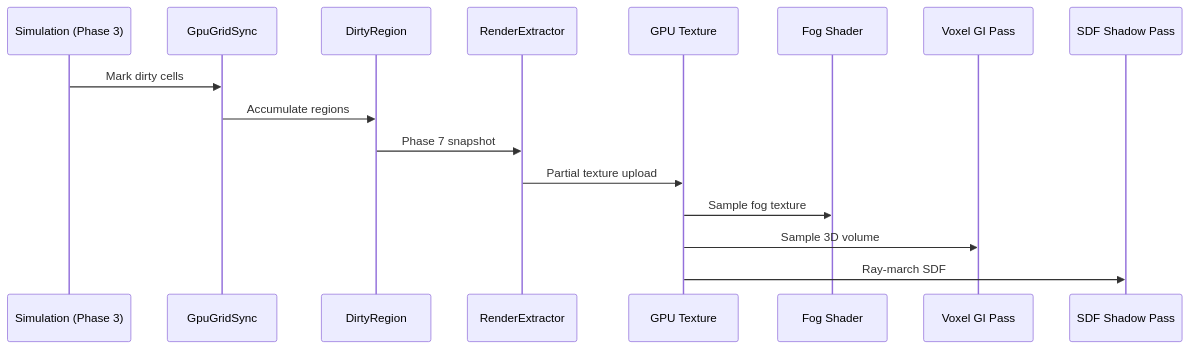
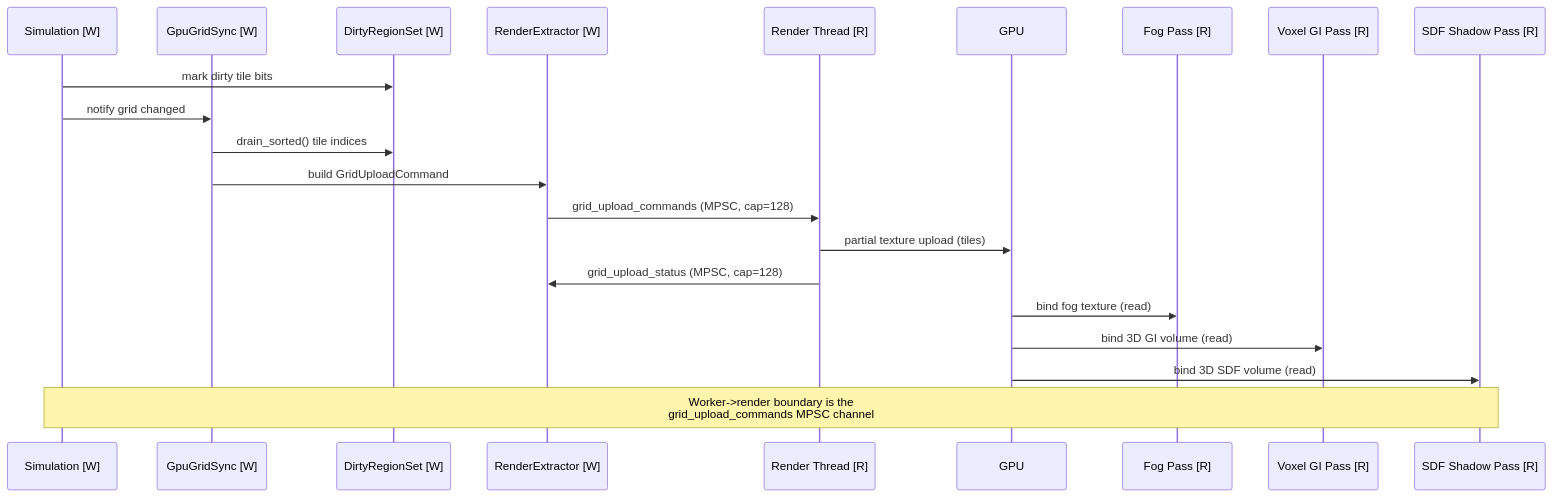
One commit to harmonius-dev/harmonius changed the second of 2 diagrams in docs/design/integration/rendering-grids-volumes.md. Above: the diagram before and after it, drawn with Mermaid. The commit also changed other lines of this file and 109 other files, not shown here.

````diff
--- a/docs/design/integration/rendering-grids-volumes.md
+++ b/docs/design/integration/rendering-grids-volumes.md
@@ -66,19 +480,24 @@
 ```mermaid
 sequenceDiagram
-    participant SIM as Simulation (Phase 3)
-    participant GS as GpuGridSync
-    participant DR as DirtyRegion
-    participant EX as RenderExtractor
-    participant GPU as GPU Texture
-    participant FOG as Fog Shader
-    participant GI as Voxel GI Pass
-    participant SDF as SDF Shadow Pass
+    participant SIM as Simulation [W]
+    participant GS as GpuGridSync [W]
+    participant DR as DirtyRegionSet [W]
+    participant EX as RenderExtractor [W]
+    participant R as Render Thread [R]
+    participant GPU as GPU
+    participant FOG as Fog Pass [R]
+    participant GI as Voxel GI Pass [R]
+    participant SDF as SDF Shadow Pass [R]
 
-    SIM->>GS: Mark dirty cells
-    GS->>DR: Accumulate regions
-    DR->>EX: Phase 7 snapshot
-    EX->>GPU: Partial texture upload
-    GPU->>FOG: Sample fog texture
-    GPU->>GI: Sample 3D volume
-    GPU->>SDF: Ray-march SDF
+    SIM->>DR: mark dirty tile bits
+    SIM->>GS: notify grid changed
+    GS->>DR: drain_sorted() tile indices
+    GS->>EX: build GridUploadCommand
+    EX->>R: grid_upload_commands (MPSC, cap=128)
+    R->>GPU: partial texture upload (tiles)
+    R->>EX: grid_upload_status (MPSC, cap=128)
+    GPU->>FOG: bind fog texture (read)
+    GPU->>GI: bind 3D GI volume (read)
+    GPU->>SDF: bind 3D SDF volume (read)
+    Note over SIM,SDF: Worker->render boundary is the<br/>grid_upload_commands MPSC channel
 ```
````
